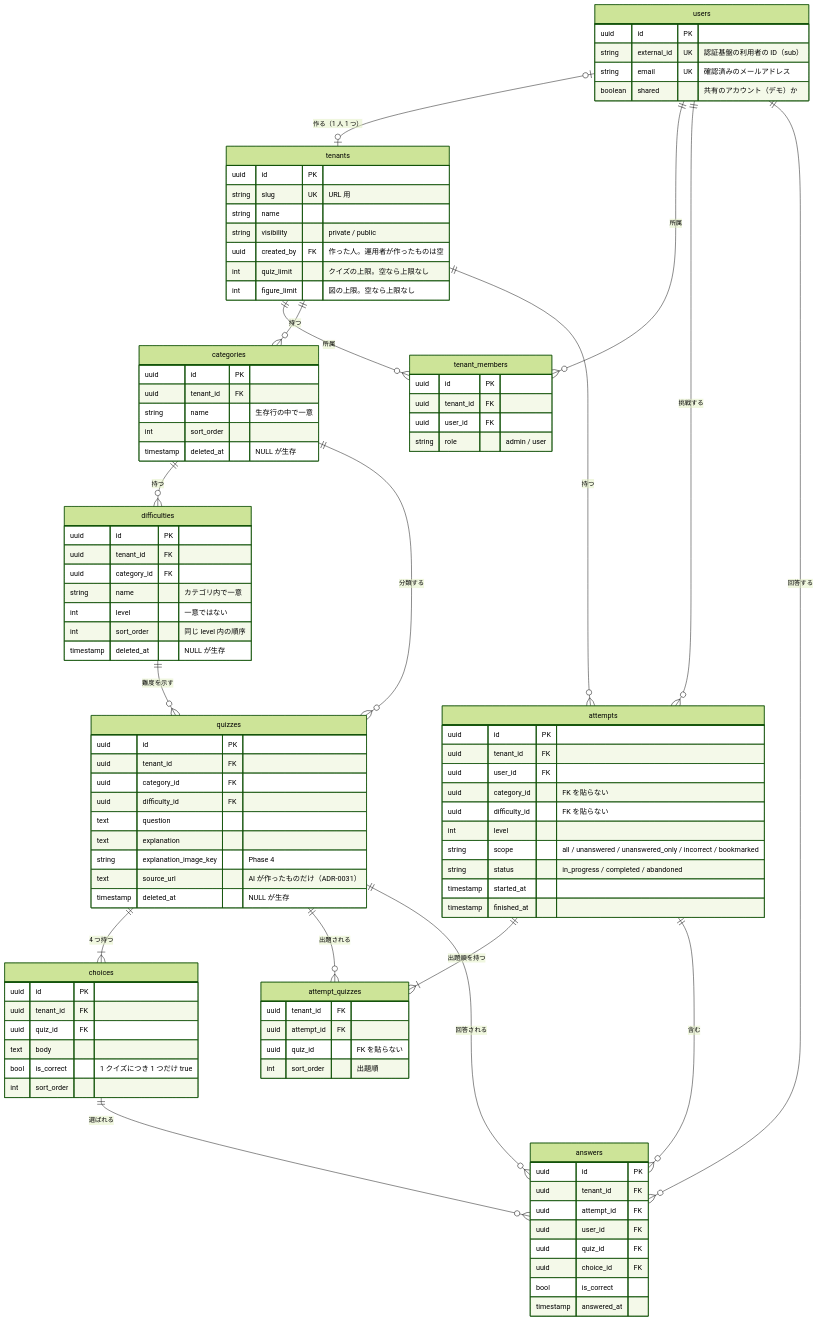
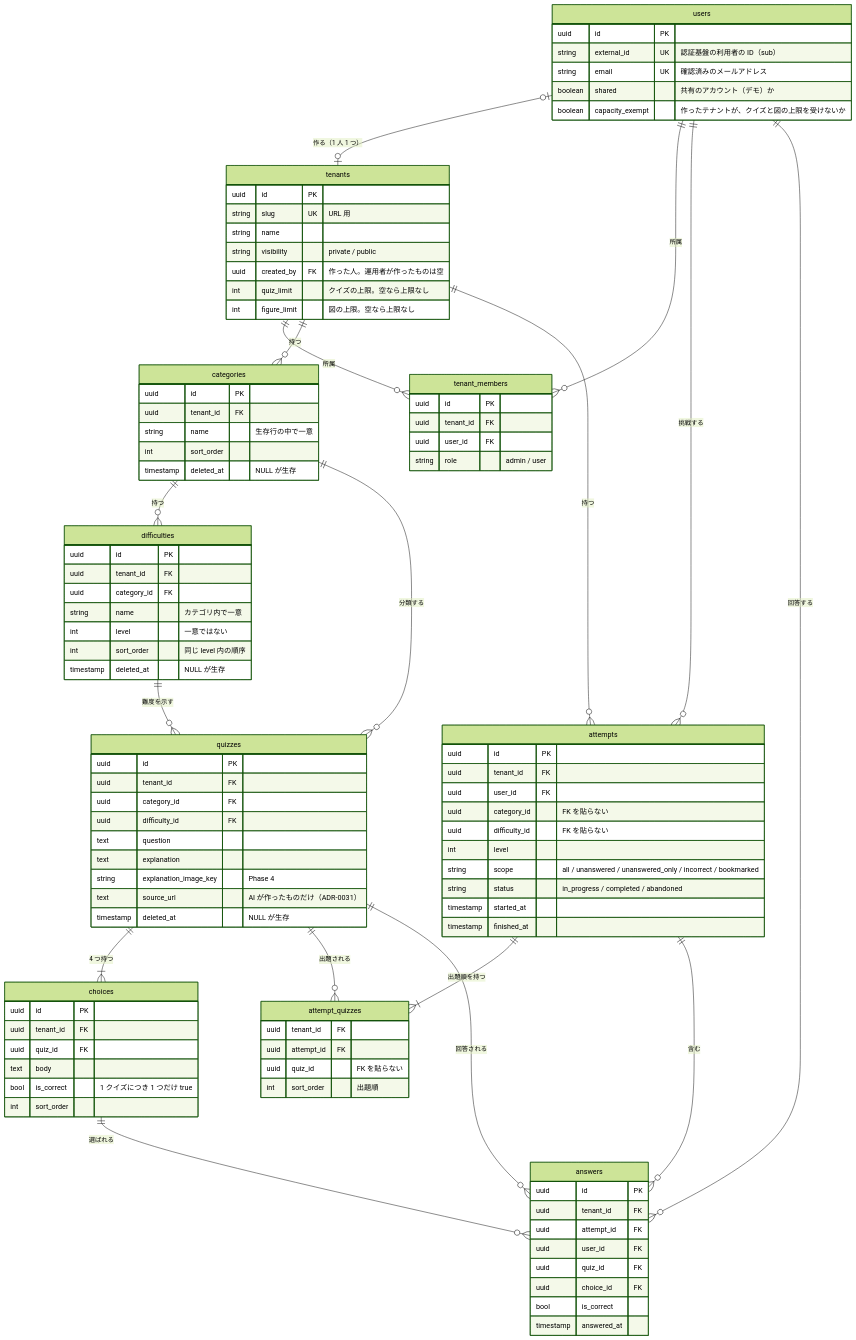
The diagram in docs/domain-model.md (fujitamasayoshi0402/quiz-app), drawn with Mermaid (forest theme) before and after one commit. The commit also changed 6 other files, not shown here.

```diff
--- a/docs/domain-model.md
+++ b/docs/domain-model.md
@@ -418,6 +418,7 @@
         string external_id UK "認証基盤の利用者の ID（sub）"
         string email UK "確認済みのメールアドレス"
         boolean shared "共有のアカウント（デモ）か"
+        boolean capacity_exempt "作ったテナントが、クイズと図の上限を受けないか"
     }
     categories {
         uuid id PK
```
